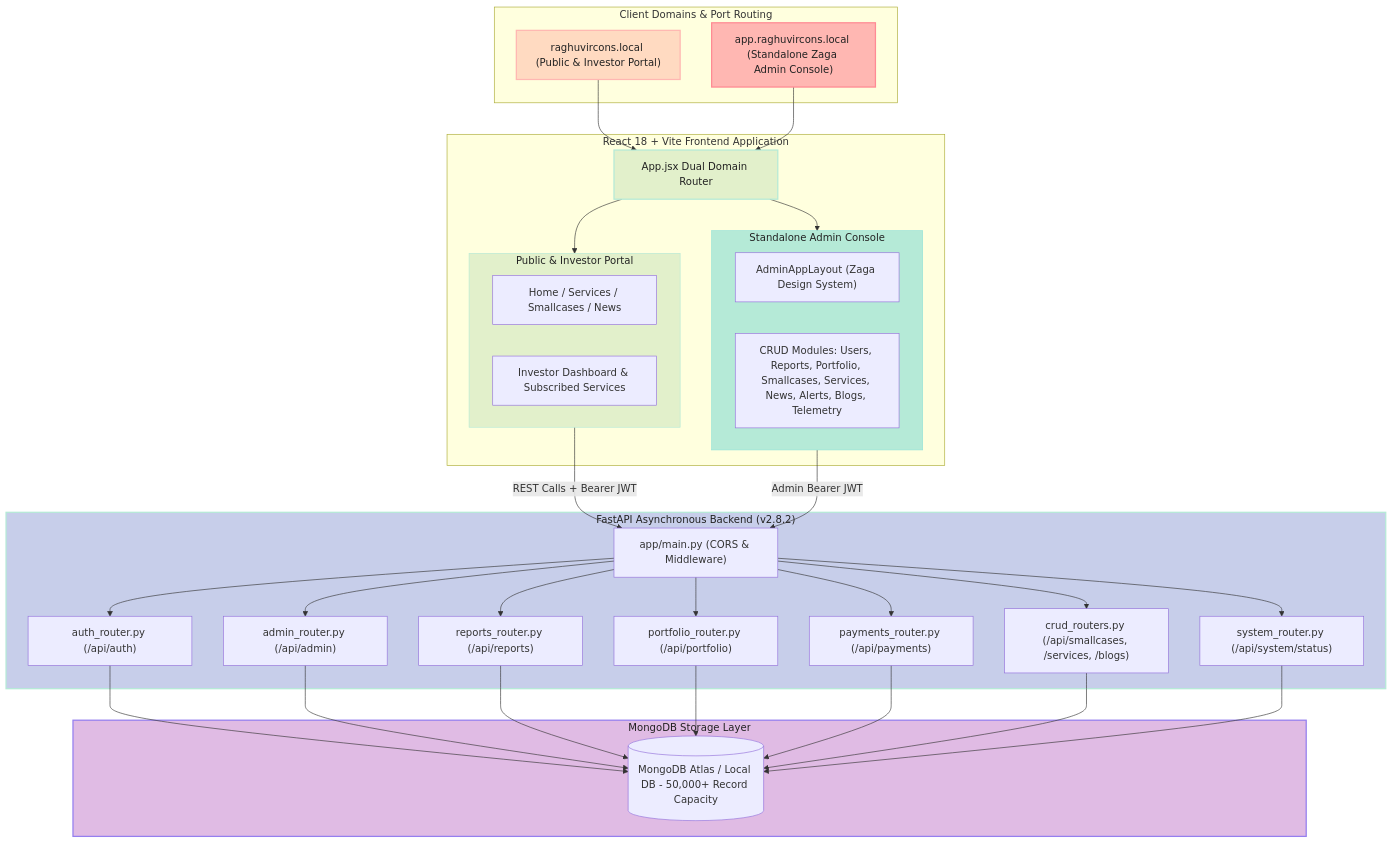
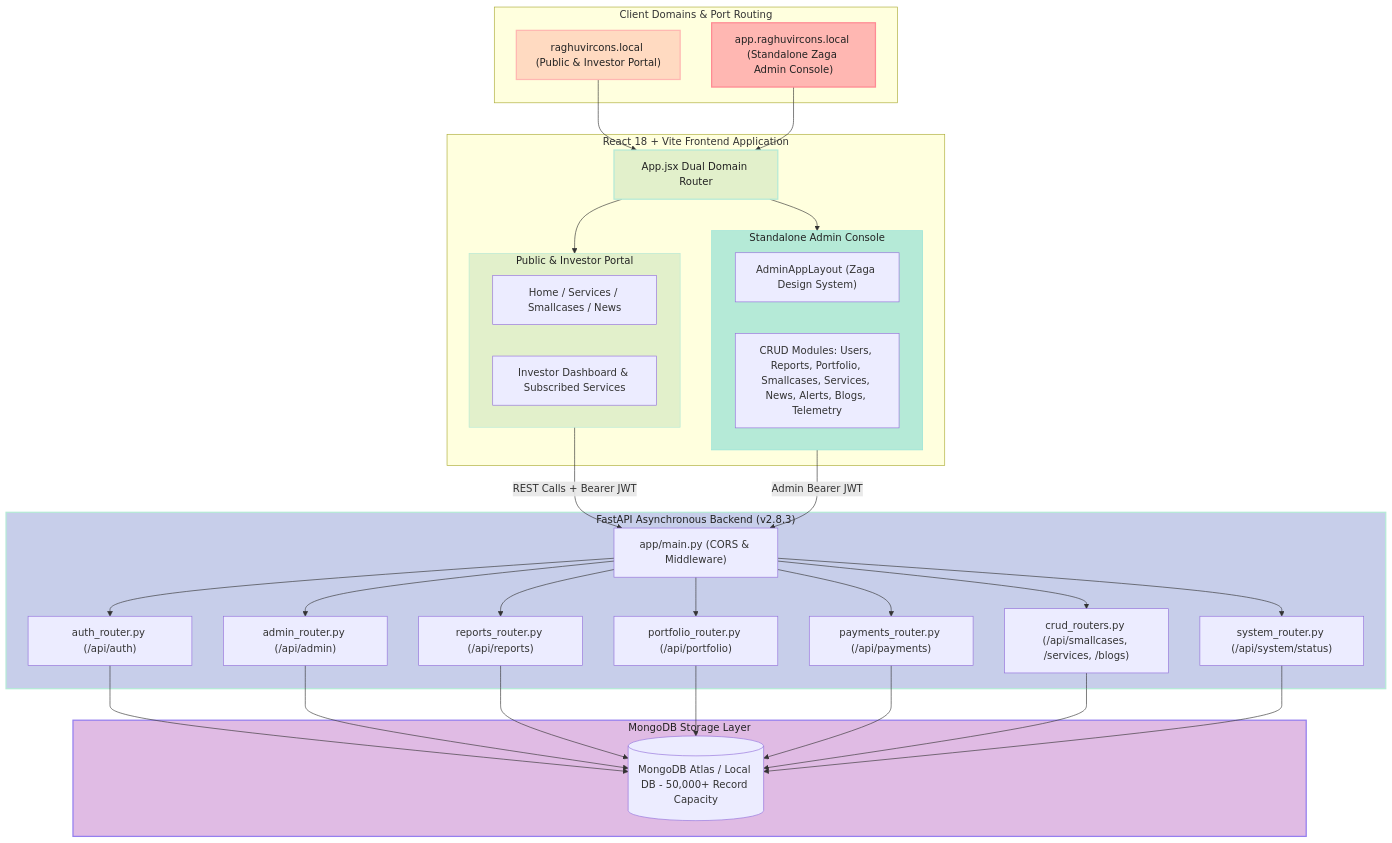
The first of 2 diagrams in backend/docs/ARCHITECTURE.md (tejasrsuthar/investment-strategy-all-weather), drawn with Mermaid before and after one commit. The commit also changed other lines of this file and 7 other files, not shown here.

````diff
--- a/backend/docs/ARCHITECTURE.md
+++ b/backend/docs/ARCHITECTURE.md
@@ -14,70 +14,70 @@
 ```mermaid
 graph TD
     subgraph ClientDomains["Client Domains & Port Routing"]
         PublicDomain["raghuvircons.local (Public & Investor Portal)"]
         AdminDomain["app.raghuvircons.local (Standalone Zaga Admin Console)"]
     end
 
     subgraph ReactFrontend["React 18 + Vite Frontend Application"]
         AppRouter["App.jsx Dual Domain Router"]
         
         subgraph PublicPortal["Public & Investor Portal"]
           PublicViews["Home / Services / Smallcases / News"]
           InvestorPortal["Investor Dashboard & Subscribed Services"]
         end
 
         subgraph ZagaAdmin["Standalone Admin Console"]
           AdminLayout["AdminAppLayout (Zaga Design System)"]
           AdminModules["CRUD Modules: Users, Reports, Portfolio, Smallcases, Services, News, Alerts, Blogs, Telemetry"]
         end
       end
 
-    subgraph FastAPIServer["FastAPI Asynchronous Backend (v2.8.2)"]
+    subgraph FastAPIServer["FastAPI Asynchronous Backend (v2.8.3)"]
         API["app/main.py (CORS & Middleware)"]
         AuthRouter["auth_router.py (/api/auth)"]
         AdminRouter["admin_router.py (/api/admin)"]
         ReportsRouter["reports_router.py (/api/reports)"]
         PortfolioRouter["portfolio_router.py (/api/portfolio)"]
         PaymentsRouter["payments_router.py (/api/payments)"]
         CRUDRouters["crud_routers.py (/api/smallcases, /services, /blogs)"]
         SystemRouter["system_router.py (/api/system/status)"]
     end
 
     subgraph DataStore["MongoDB Storage Layer"]
         MongoDB[(MongoDB Atlas / Local DB - 50,000+ Record Capacity)]
     end
 
     PublicDomain --> AppRouter
     AdminDomain --> AppRouter
 
     AppRouter --> PublicPortal
     AppRouter --> ZagaAdmin
 
     PublicPortal -->|REST Calls + Bearer JWT| API
     ZagaAdmin -->|Admin Bearer JWT| API
 
     API --> AuthRouter
     API --> AdminRouter
     API --> ReportsRouter
     API --> PortfolioRouter
     API --> PaymentsRouter
     API --> CRUDRouters
     API --> SystemRouter
 
     AuthRouter --> MongoDB
     AdminRouter --> MongoDB
     ReportsRouter --> MongoDB
     PortfolioRouter --> MongoDB
     PaymentsRouter --> MongoDB
     CRUDRouters --> MongoDB
     SystemRouter --> MongoDB
 
     %% Pastel Color Palette Styling
     style PublicDomain fill:#FFDAC1,stroke:#FFB7B2,stroke-width:2px,color:#222;
     style AdminDomain fill:#FFB7B2,stroke:#FF8B94,stroke-width:2px,color:#222;
     style AppRouter fill:#E2F0CB,stroke:#B5EAD7,stroke-width:2px,color:#222;
     style PublicPortal fill:#E2F0CB,stroke:#B5EAD7,stroke-width:1px,color:#222;
     style ZagaAdmin fill:#B5EAD7,stroke:#93E1D8,stroke-width:1px,color:#222;
     style FastAPIServer fill:#C7CEEA,stroke:#B5EAD7,stroke-width:2px,color:#222;
     style DataStore fill:#E0BBE4,stroke:#957FEF,stroke-width:2px,color:#222;
 ```
````
